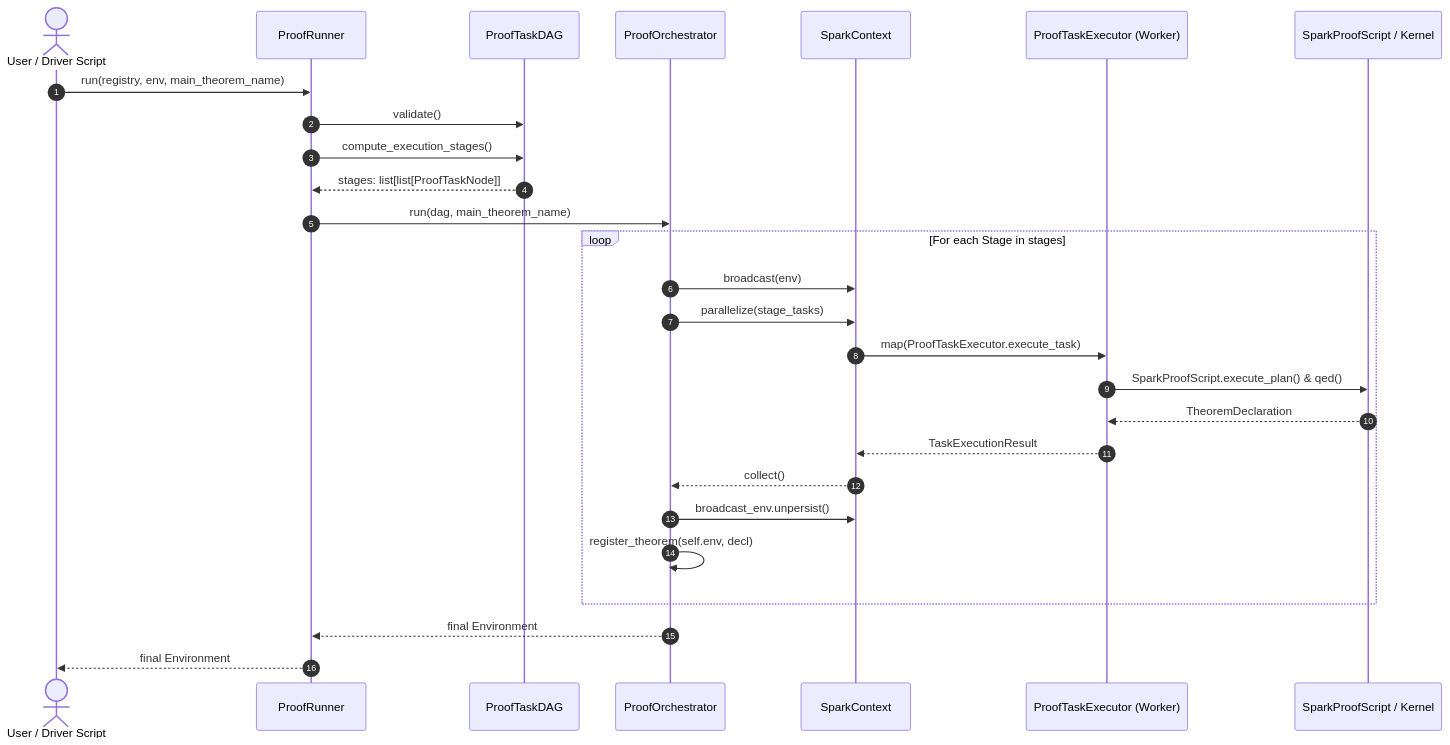
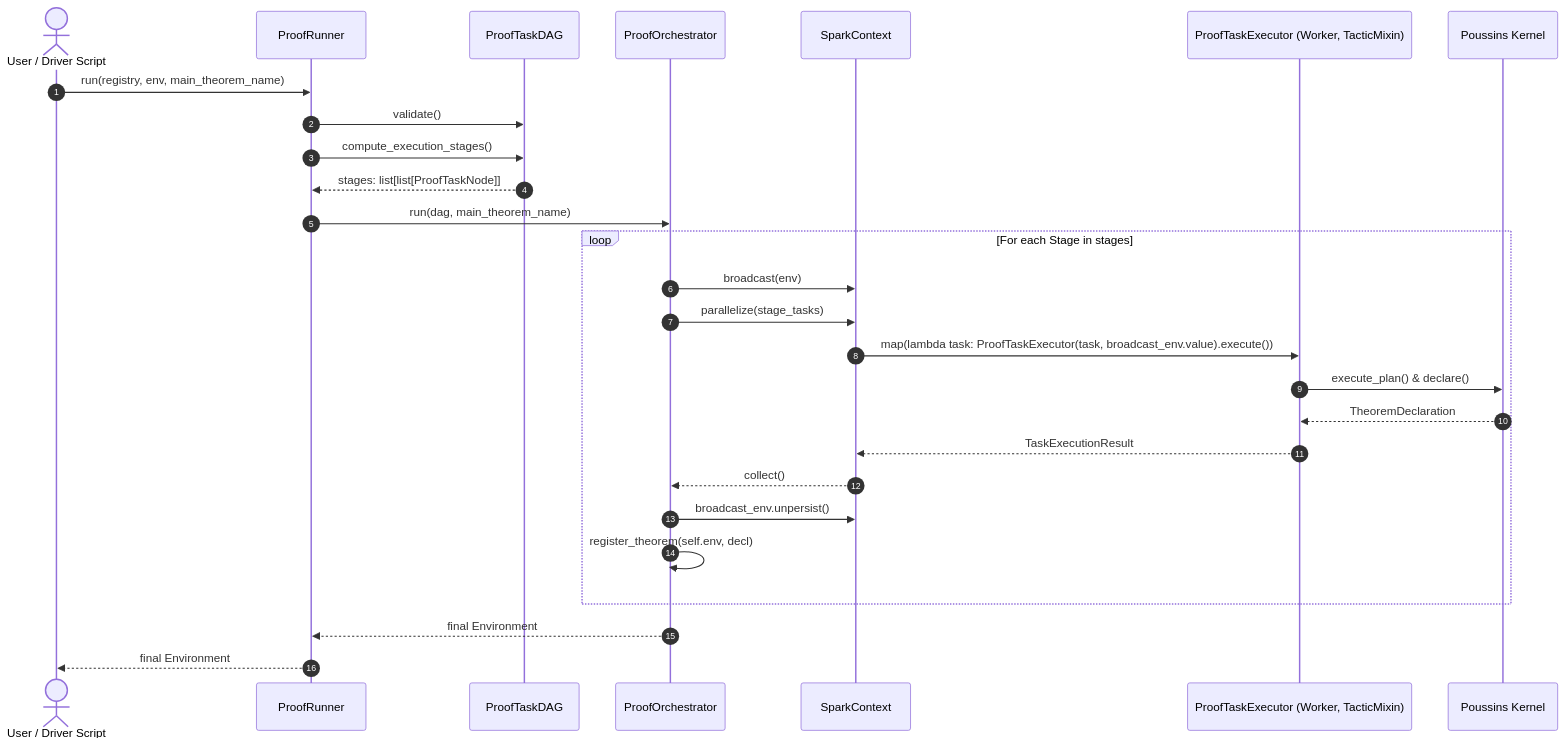
Before and after one commit to kumo01GitHub/poussins: the second of 3 diagrams in docs/integration/spark.md, drawn with Mermaid. The commit also changed other lines of this file and 5 other files, not shown here.

````diff
--- a/docs/integration/spark.md
+++ b/docs/integration/spark.md
@@ -152,32 +146,32 @@
 ```mermaid
 sequenceDiagram
     autonumber
     actor Driver as User / Driver Script
     participant Runner as ProofRunner
     participant DAG as ProofTaskDAG
     participant Orch as ProofOrchestrator
     participant SC as SparkContext
-    participant Worker as ProofTaskExecutor (Worker)
-    participant Kernel as SparkProofScript / Kernel
+    participant Worker as ProofTaskExecutor (Worker, TacticMixin)
+    participant Kernel as Poussins Kernel
 
     Driver->>Runner: run(registry, env, main_theorem_name)
     Runner->>DAG: validate()
     Runner->>DAG: compute_execution_stages()
     DAG-->>Runner: stages: list[list[ProofTaskNode]]
     Runner->>Orch: run(dag, main_theorem_name)
 
     loop For each Stage in stages
         Orch->>SC: broadcast(env)
         Orch->>SC: parallelize(stage_tasks)
-        SC->>Worker: map(ProofTaskExecutor.execute_task)
-        Worker->>Kernel: SparkProofScript.execute_plan() & qed()
+        SC->>Worker: map(lambda task: ProofTaskExecutor(task, broadcast_env.value).execute())
+        Worker->>Kernel: execute_plan() & declare()
         Kernel-->>Worker: TheoremDeclaration
         Worker-->>SC: TaskExecutionResult
         SC-->>Orch: collect()
         Orch->>SC: broadcast_env.unpersist()
         Orch->>Orch: register_theorem(self.env, decl)
     end
 
     Orch-->>Runner: final Environment
     Runner-->>Driver: final Environment
 ```
````
